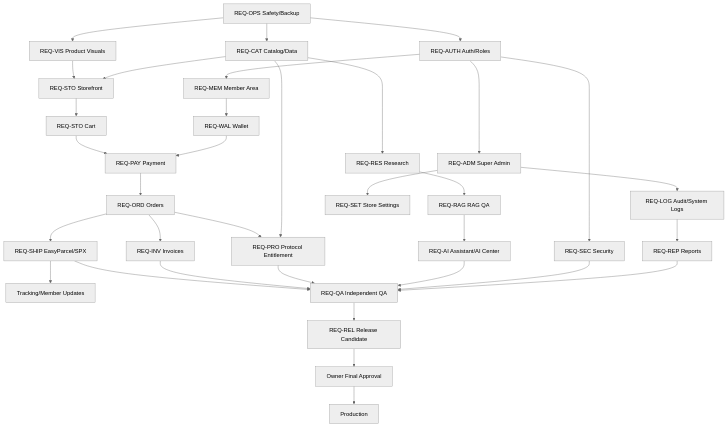
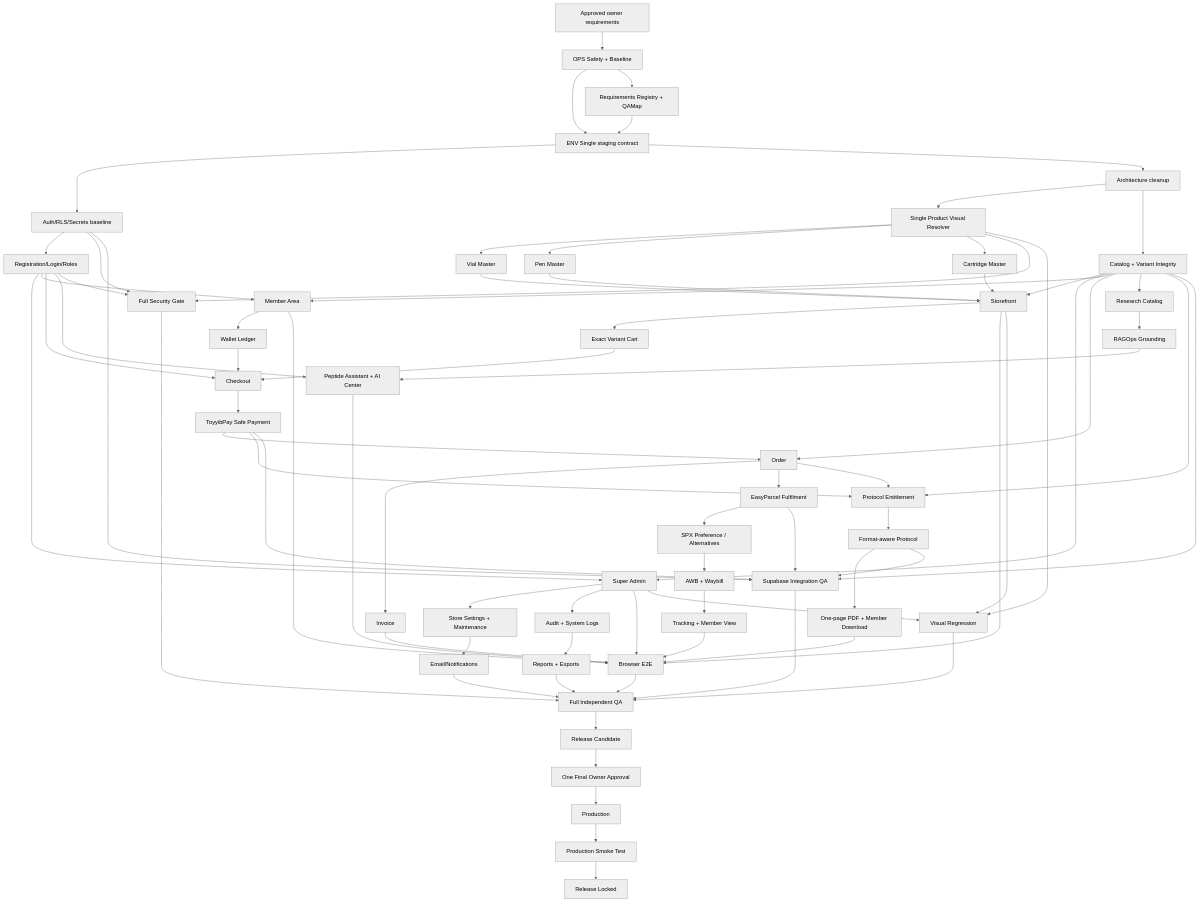
One commit to wai1496/ai-biotech-store changed the first of 3 diagrams in docs/requirements/dependency-graph.md. Above: the diagram before and after it, drawn with Mermaid (neutral theme). The commit also changed other lines of this file, not shown here.

Commit message:
docs: expand master dependency graph and gate rules

````diff
--- a/docs/requirements/dependency-graph.md
+++ b/docs/requirements/dependency-graph.md
@@ -3,36 +5,90 @@
 ```mermaid
 graph TD
-  OPS[REQ-OPS Safety/Backup] --> VIS[REQ-VIS Product Visuals]
-  OPS --> CAT[REQ-CAT Catalog/Data]
-  OPS --> AUTH[REQ-AUTH Auth/Roles]
-  VIS --> STO[REQ-STO Storefront]
+  OWNERREQ[Approved owner requirements] --> OPS[OPS Safety + Baseline]
+  OPS --> ENV[ENV Single staging contract]
+  OPS --> REG[Requirements Registry + QAMap]
+  REG --> ENV
+
+  ENV --> SECBASE[Auth/RLS/Secrets baseline]
+  ENV --> ARCH[Architecture cleanup]
+  ARCH --> VIS[Single Product Visual Resolver]
+  ARCH --> CAT[Catalog + Variant Integrity]
+
+  VIS --> VIAL[Vial Master]
+  VIS --> PEN[Pen Master]
+  VIS --> CART[Cartridge Master]
+  VIAL --> STO[Storefront]
+  PEN --> STO
+  CART --> STO
   CAT --> STO
-  AUTH --> ADM[REQ-ADM Super Admin]
-  AUTH --> MEM[REQ-MEM Member Area]
-  STO --> CART[REQ-STO Cart]
-  MEM --> WAL[REQ-WAL Wallet]
-  CART --> PAY[REQ-PAY Payment]
-  WAL --> PAY
-  PAY --> ORD[REQ-ORD Orders]
-  ORD --> INV[REQ-INV Invoices]
-  ORD --> SHIP[REQ-SHIP EasyParcel/SPX]
-  SHIP --> TRACK[Tracking/Member Updates]
-  CAT --> RES[REQ-RES Research]
-  RES --> RAG[REQ-RAG RAG QA]
-  RAG --> AI[REQ-AI Assistant/AI Center]
-  ORD --> PRO[REQ-PRO Protocol Entitlement]
-  CAT --> PRO
-  ADM --> SET[REQ-SET Store Settings]
-  ADM --> LOG[REQ-LOG Audit/System Logs]
-  LOG --> REP[REQ-REP Reports]
-  AUTH --> SEC[REQ-SEC Security]
-  SHIP --> QA[REQ-QA Independent QA]
-  INV --> QA
-  PRO --> QA
-  AI --> QA
-  SEC --> QA
-  REP --> QA
-  QA --> RC[REQ-REL Release Candidate]
-  RC --> OWNER[Owner Final Approval]
-  OWNER --> PROD[Production]
+
+  SECBASE --> AUTH[Registration/Login/Roles]
+  AUTH --> ADM[Super Admin]
+  AUTH --> MEM[Member Area]
+  CAT --> ADM
+  CAT --> MEM
+
+  STO --> CARTFLOW[Exact Variant Cart]
+  MEM --> WAL[Wallet Ledger]
+  CARTFLOW --> CHECKOUT[Checkout]
+  WAL --> CHECKOUT
+  AUTH --> CHECKOUT
+
+  CHECKOUT --> PAY[ToyyibPay Safe Payment]
+  PAY --> ORD[Order]
+  CAT --> ORD
+  ORD --> INV[Invoice]
+  ORD --> SHIP[EasyParcel Fulfilment]
+  SHIP --> SPX[SPX Preference / Alternatives]
+  SPX --> AWB[AWB + Waybill]
+  AWB --> TRACK[Tracking + Member View]
+
+  CAT --> RES[Research Catalog]
+  RES --> RAG[RAGOps Grounding]
+  RAG --> AI[Peptide Assistant + AI Center]
+  AUTH --> AI
+
+  ORD --> ENT[Protocol Entitlement]
+  CAT --> ENT
+  PAY --> ENT
+  ENT --> PRO[Format-aware Protocol]
+  PRO --> PDF[One-page PDF + Member Download]
+
+  ADM --> SET[Store Settings + Maintenance]
+  ADM --> LOG[Audit + System Logs]
+  SET --> EMAIL[Email/Notifications]
+  LOG --> REPORT[Reports + Exports]
+  AUTH --> SECURITY[Full Security Gate]
+  SECBASE --> SECURITY
+  VIS --> SECURITY
+
+  STO --> E2E[Browser E2E]
+  ADM --> E2E
+  MEM --> E2E
+  INV --> E2E
+  TRACK --> E2E
+  PDF --> E2E
+  AI --> E2E
+
+  VIS --> VISREG[Visual Regression]
+  STO --> VISREG
+  ADM --> VISREG
+  SECBASE --> INTQA[Supabase Integration QA]
+  CAT --> INTQA
+  PAY --> INTQA
+  SHIP --> INTQA
+  PRO --> INTQA
+
+  REPORT --> FULLQA[Full Independent QA]
+  SECURITY --> FULLQA
+  E2E --> FULLQA
+  VISREG --> FULLQA
+  INTQA --> FULLQA
+  EMAIL --> FULLQA
+
+  FULLQA --> RC[Release Candidate]
+  RC --> FINALOWNER[One Final Owner Approval]
+  FINALOWNER --> PROD[Production]
+  PROD --> SMOKE[Production Smoke Test]
+  SMOKE --> LOCK[Release Locked]
 ```
````
